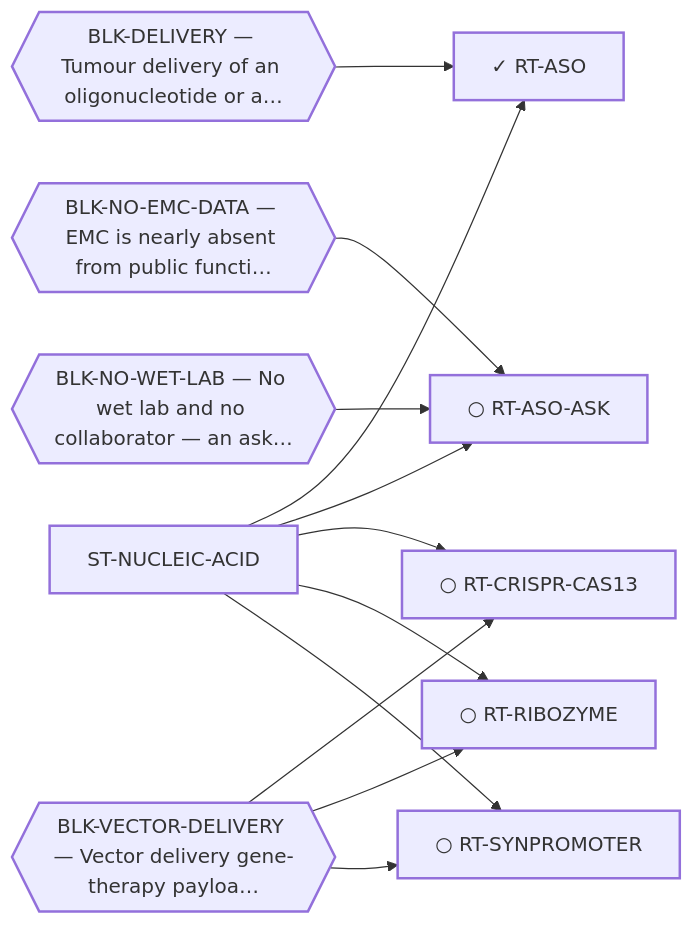
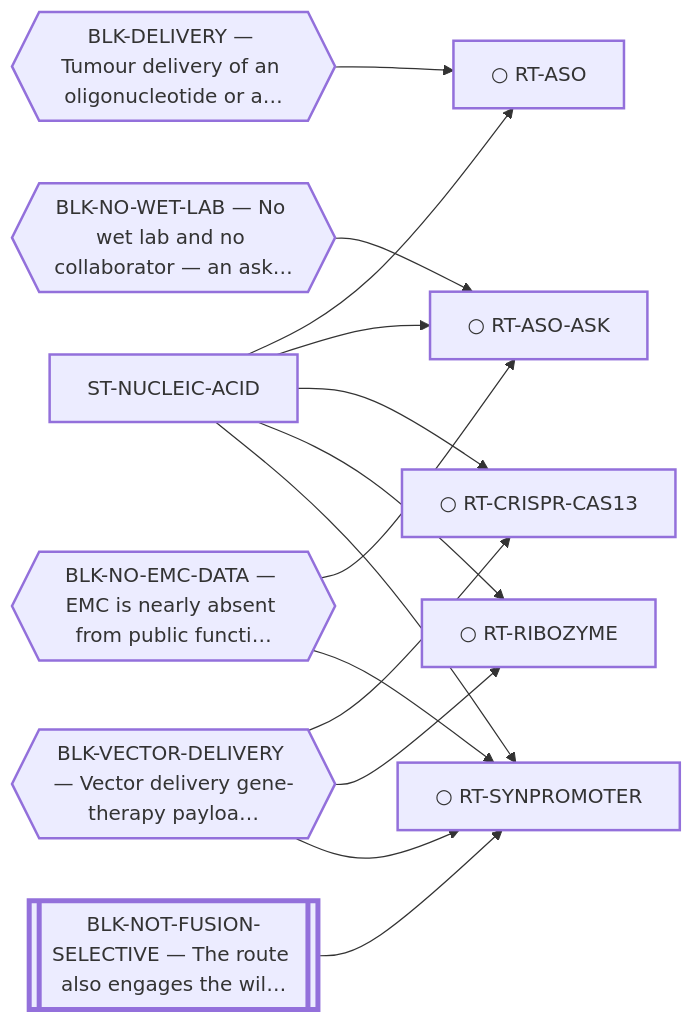
One commit to trimcrae/Rare-cancers changed the diagram in systems/views/L1-st-nucleic-acid.md. Above: the diagram before and after it, drawn with Mermaid. The commit also changed other lines of this file and 57 other files, not shown here.

First line of the commit message:
Route framing audit: ST-FUSION-DIRECT + ST-NUCLEIC-ACID (8 routes)

````diff
--- a/systems/views/L1-st-nucleic-acid.md
+++ b/systems/views/L1-st-nucleic-acid.md
@@ -35,29 +35,32 @@
 ```mermaid
 flowchart LR
   ST_NUCLEIC_ACID["ST-NUCLEIC-ACID"]:::fam
-  RT_ASO["✓ RT-ASO"]:::fam
+  RT_ASO["○ RT-ASO"]:::fam
   ST_NUCLEIC_ACID --> RT_ASO
   RT_ASO_ASK["○ RT-ASO-ASK"]:::fam
   ST_NUCLEIC_ACID --> RT_ASO_ASK
   RT_CRISPR_CAS13["○ RT-CRISPR-CAS13"]:::fam
   ST_NUCLEIC_ACID --> RT_CRISPR_CAS13
   RT_RIBOZYME["○ RT-RIBOZYME"]:::fam
   ST_NUCLEIC_ACID --> RT_RIBOZYME
   RT_SYNPROMOTER["○ RT-SYNPROMOTER"]:::fam
   ST_NUCLEIC_ACID --> RT_SYNPROMOTER
 
   BLK_DELIVERY{{"BLK-DELIVERY — Tumour delivery of an oligonucleotide or a…"}}:::blk
   BLK_DELIVERY --> RT_ASO
   BLK_NO_EMC_DATA{{"BLK-NO-EMC-DATA — EMC is nearly absent from public functi…"}}:::blk
   BLK_NO_EMC_DATA --> RT_ASO_ASK
+  BLK_NO_EMC_DATA --> RT_SYNPROMOTER
   BLK_NO_WET_LAB{{"BLK-NO-WET-LAB — No wet lab and no collaborator — an ask…"}}:::blk
   BLK_NO_WET_LAB --> RT_ASO_ASK
+  BLK_NOT_FUSION_SELECTIVE[["BLK-NOT-FUSION-SELECTIVE — The route also engages the wil…"]]:::perm
+  BLK_NOT_FUSION_SELECTIVE --> RT_SYNPROMOTER
   BLK_VECTOR_DELIVERY{{"BLK-VECTOR-DELIVERY — Vector delivery gene-therapy payloa…"}}:::blk
   BLK_VECTOR_DELIVERY --> RT_CRISPR_CAS13
   BLK_VECTOR_DELIVERY --> RT_RIBOZYME
   BLK_VECTOR_DELIVERY --> RT_SYNPROMOTER
   classDef fam stroke-width:2px;
   classDef blk stroke-width:2px;
   classDef perm stroke-width:4px;
   classDef tech stroke-width:1px,stroke-dasharray:4 3;
 ```
````
